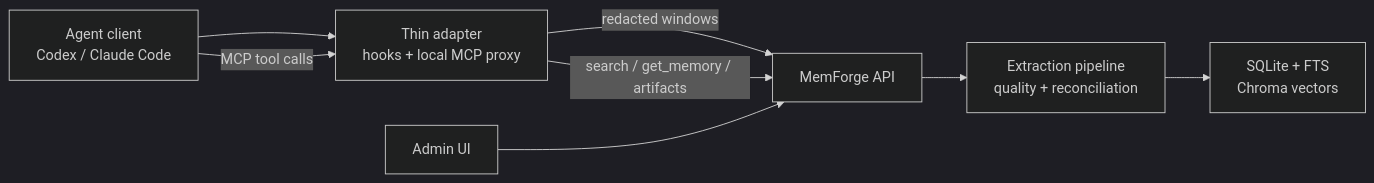
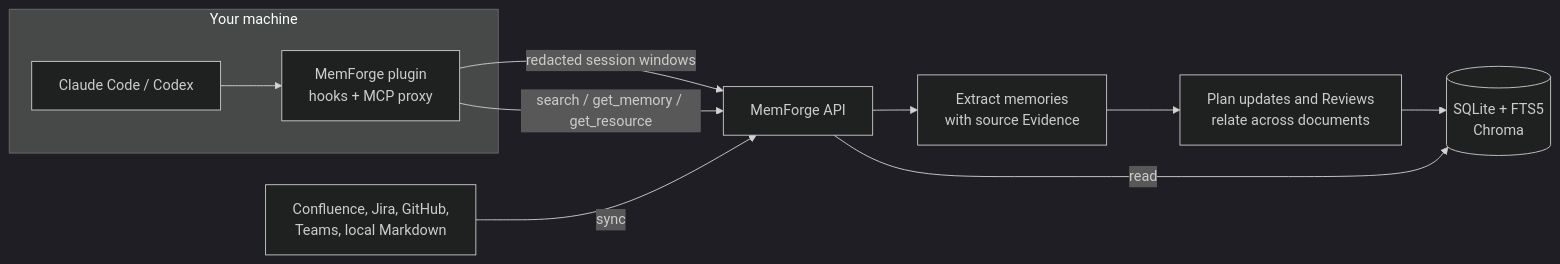
The diagram in README.md (dodo-labs-ai/mem-forge), drawn with Mermaid (dark theme) before and after one commit. The commit also changed other lines of this file and 2 other files, not shown here.

````diff
--- a/README.md
+++ b/README.md
@@ -82,17 +93,19 @@
 ```mermaid
 flowchart LR
-  Agent["Agent client\nCodex / Claude Code"]
-  Adapter["Thin adapter\nhooks + local MCP proxy"]
+  subgraph You["Your machine"]
+    CC["Claude Code / Codex"]
+    Plugin["MemForge plugin<br/>hooks + MCP proxy"]
+  end
+  Docs["Confluence, Jira, GitHub,<br/>Teams, local Markdown"]
   API["MemForge API"]
-  Pipeline["Extraction pipeline\nquality + reconciliation"]
-  Store["SQLite + FTS\nChroma vectors"]
-  UI["Admin UI"]
+  Extract["Extract memories<br/>with source Evidence"]
+  Recheck["Plan updates and Reviews<br/>relate across documents"]
+  Store[("SQLite + FTS5<br/>Chroma")]
 
-  Agent --> Adapter
-  Adapter -->|"redacted windows"| API
-  API --> Pipeline
-  Pipeline --> Store
-  UI --> API
-  Agent -->|"MCP tool calls"| Adapter
-  Adapter -->|"search / get_memory / artifacts"| API
+  CC --> Plugin
+  Plugin -- "redacted session windows" --> API
+  Docs -- "sync" --> API
+  API --> Extract --> Recheck --> Store
+  Plugin -- "search / get_memory / get_resource" --> API
+  API -- "read" --> Store
 ```
````
